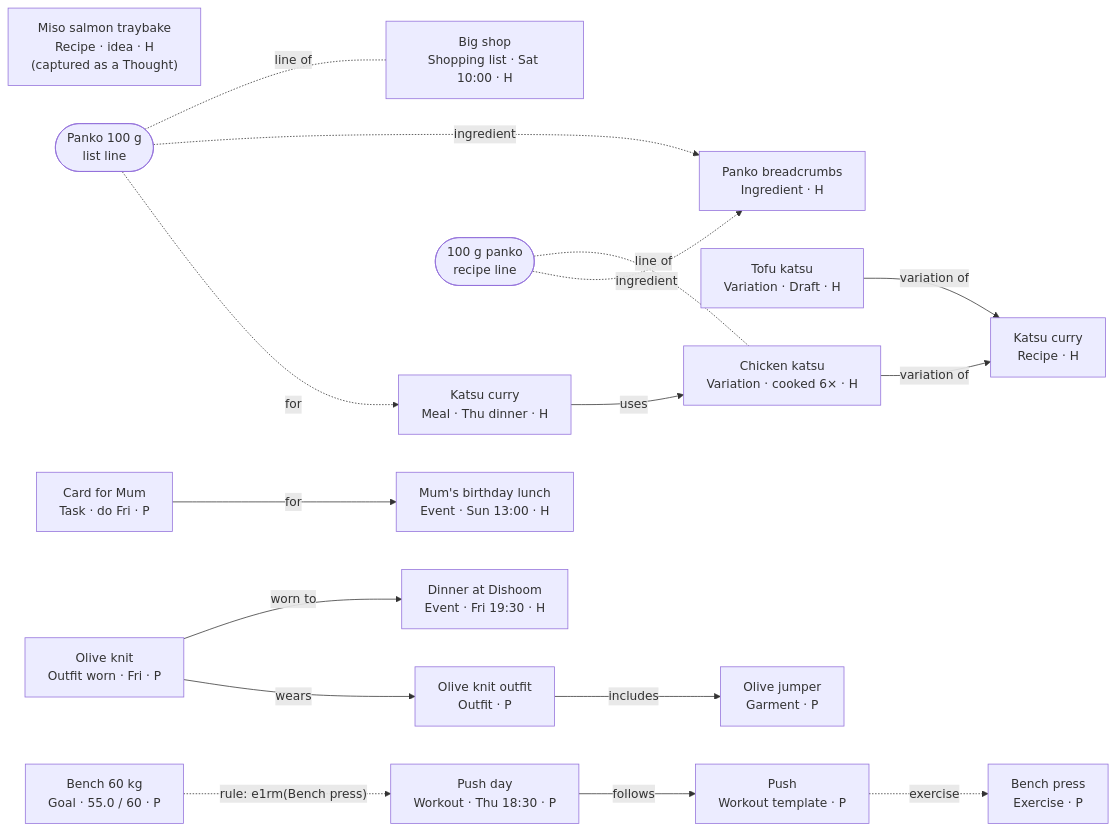
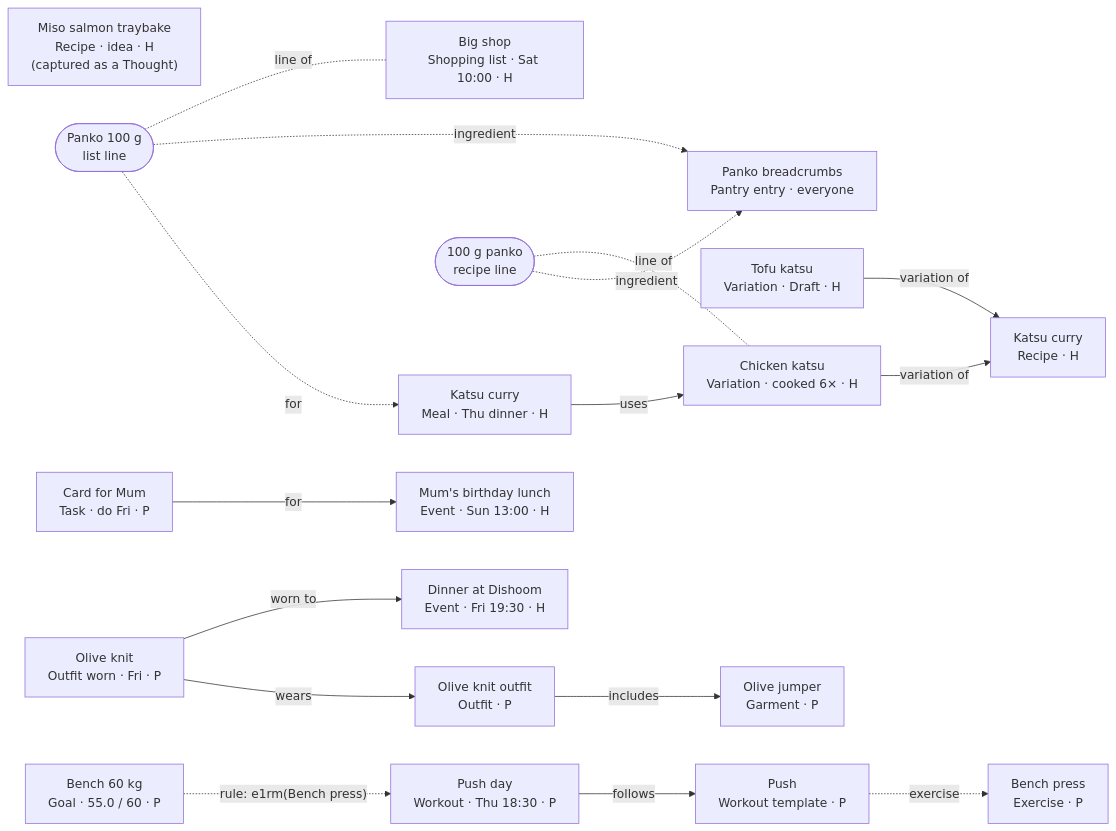
The second of 2 diagrams in docs/20-architecture/data-model.md (joestables/lifeos), drawn with Mermaid before and after one commit. The commit also changed other lines of this file and 22 other files, not shown here.

````diff
--- a/docs/20-architecture/data-model.md
+++ b/docs/20-architecture/data-model.md
@@ -390,38 +391,38 @@
 ```mermaid
 flowchart LR
   RD["Katsu curry<br/>Recipe · H"]
   R1["Chicken katsu<br/>Variation · cooked 6× · H"]
   R2["Tofu katsu<br/>Variation · Draft · H"]
   R3["Miso salmon traybake<br/>Recipe · idea · H<br/>(captured as a Thought)"]
   M["Katsu curry<br/>Meal · Thu dinner · H"]
   S["Big shop<br/>Shopping list · Sat 10:00 · H"]
   L(["Panko 100 g<br/>list line"])
   RL(["100 g panko<br/>recipe line"])
-  I["Panko breadcrumbs<br/>Ingredient · H"]
+  I["Panko breadcrumbs<br/>Pantry entry · everyone"]
   E1["Dinner at Dishoom<br/>Event · Fri 19:30 · H"]
   E2["Mum's birthday lunch<br/>Event · Sun 13:00 · H"]
   T["Card for Mum<br/>Task · do Fri · P"]
   OW["Olive knit<br/>Outfit worn · Fri · P"]
   O["Olive knit outfit<br/>Outfit · P"]
   G["Olive jumper<br/>Garment · P"]
   W["Push day<br/>Workout · Thu 18:30 · P"]
   TP["Push<br/>Workout template · P"]
   X["Bench press<br/>Exercise · P"]
   GL["Bench 60 kg<br/>Goal · 55.0 / 60 · P"]
 
   M -- uses --> R1
   R1 -- variation of --> RD
   R2 -- variation of --> RD
   RL -. line of .- R1
   RL -. ingredient .-> I
   L -. line of .- S
   L -. ingredient .-> I
   L -. for .-> M
   OW -- worn to --> E1
   OW -- wears --> O
   O -- includes --> G
   T -- for --> E2
   W -- follows --> TP
   TP -. exercise .-> X
   GL -. "rule: e1rm(Bench press)" .-> W
 ```
````
